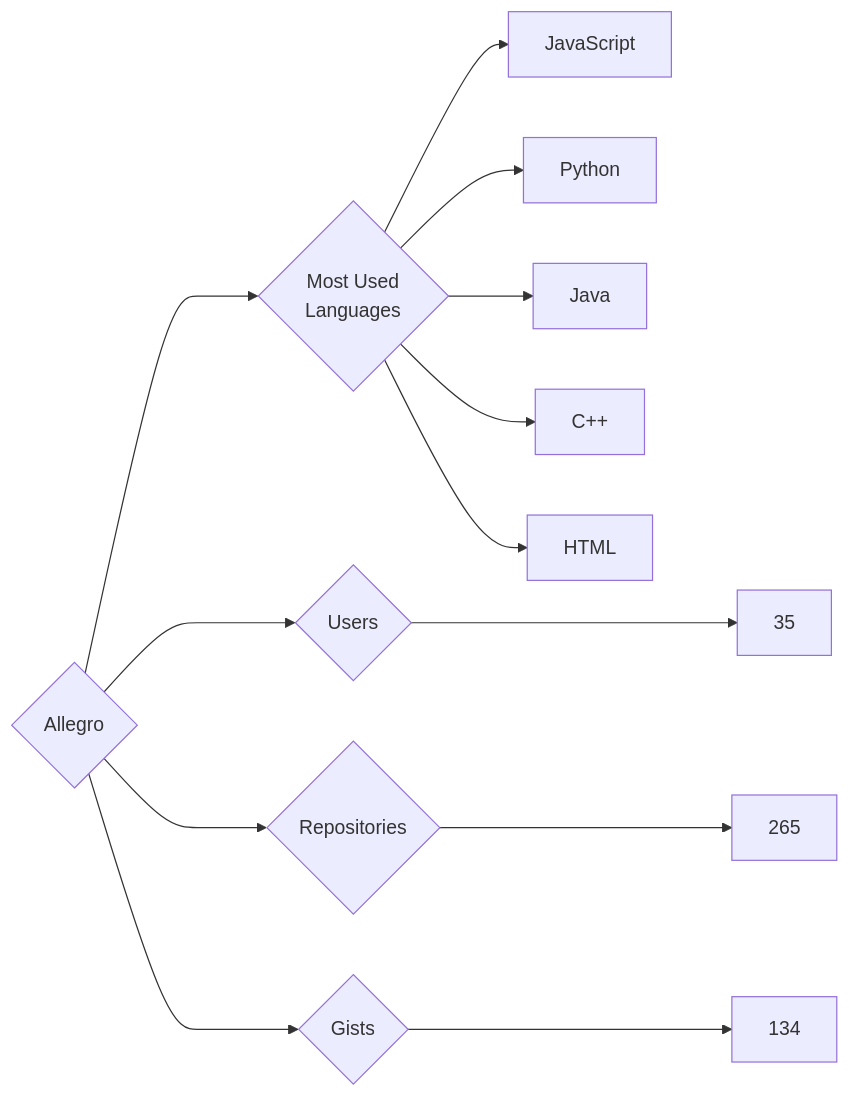
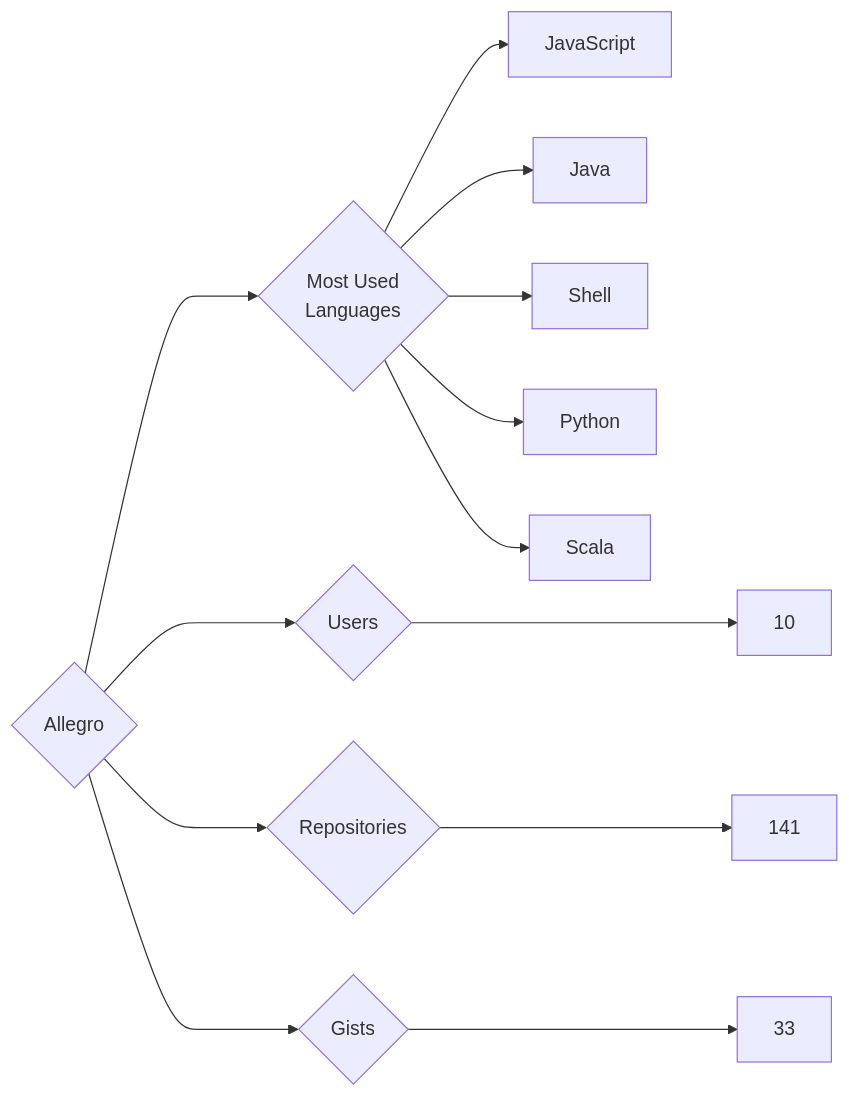
The diagram in targets/Allegro/README.md (trickest/insiders), drawn with Mermaid before and after one commit. The commit also changed 681 other files, not shown here.

````diff
--- a/targets/Allegro/README.md
+++ b/targets/Allegro/README.md
@@ -3,13 +3,13 @@
 ```mermaid
 graph LR
 COMPANY_NAME{Allegro}
-COMPANY_NAME ---> U{Users} ---> UN[35]
-COMPANY_NAME ---> R{Repositories} ---> RN[265]
-COMPANY_NAME ---> G{Gists} ---> GN[134]
+COMPANY_NAME ---> U{Users} ---> UN[10]
+COMPANY_NAME ---> R{Repositories} ---> RN[141]
+COMPANY_NAME ---> G{Gists} ---> GN[33]
 COMPANY_NAME ---> ML{Most Used<br>Languages}
 ML --> JavaScript[JavaScript]
+ML --> Java[Java]
+ML --> Shell[Shell]
 ML --> Python[Python]
-ML --> Java[Java]
-ML --> C++[C++]
-ML --> HTML[HTML]
+ML --> Scala[Scala]
 ```
````
